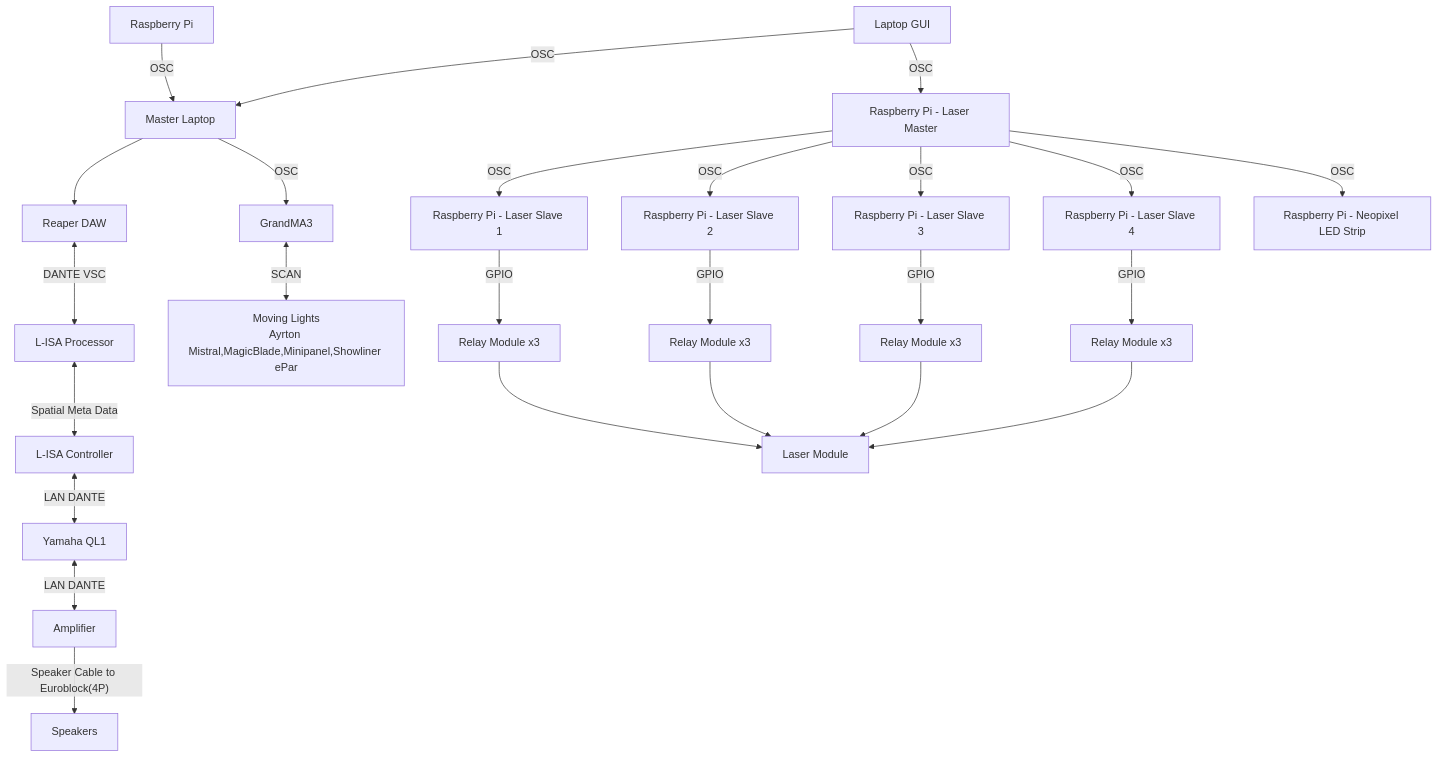
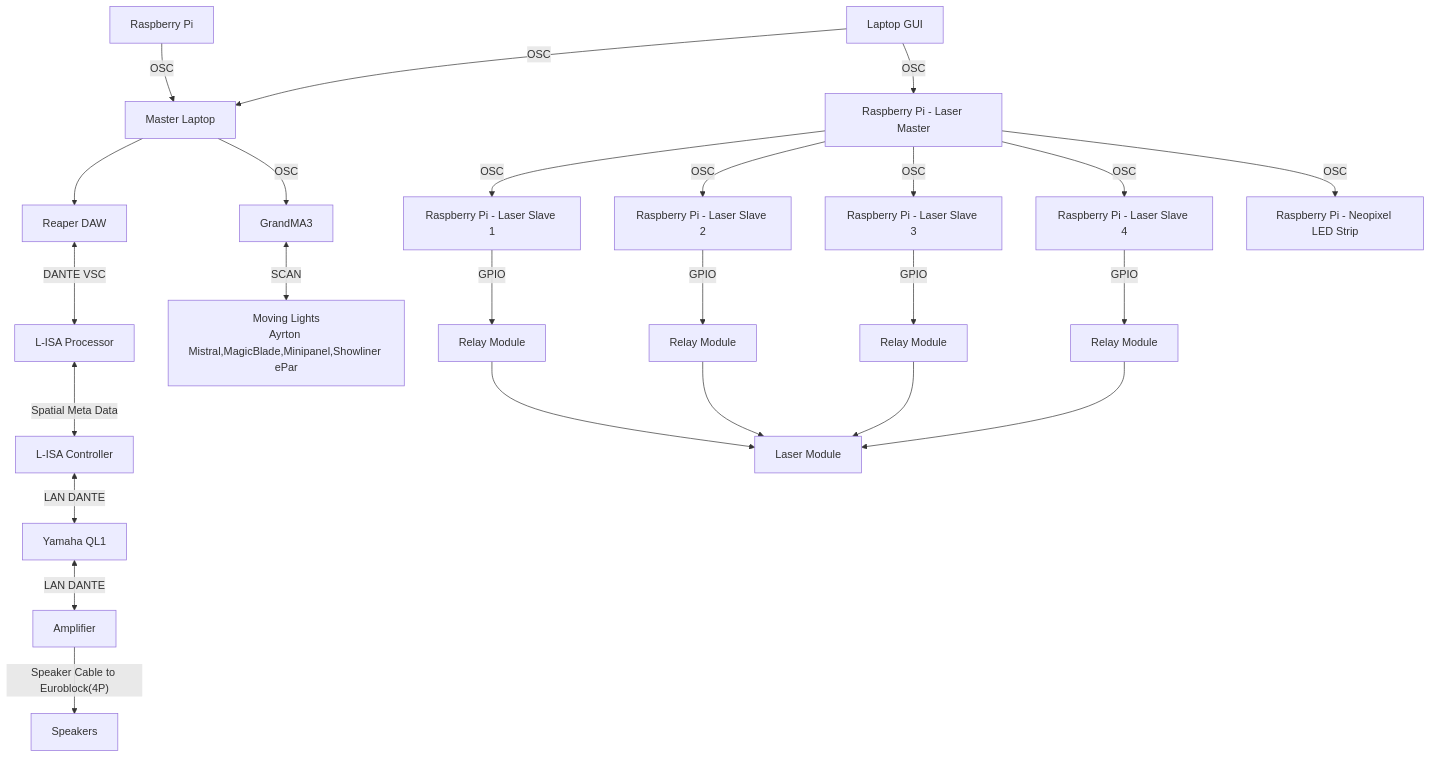
Before and after one commit to ntsd27/EGL-314: the diagram in Final Demostration/FInalDemo.md, drawn with Mermaid. The commit also changed other lines of this file and 12 other files, not shown here.

````diff
--- a/Final Demostration/FInalDemo.md
+++ b/Final Demostration/FInalDemo.md
@@ -41,24 +40,24 @@
 ```mermaid
 graph TD
 A[Raspberry Pi] --OSC--> V[Master Laptop]-->B[Reaper DAW] <--DANTE VSC--> C[L-ISA Processor] <--Spatial Meta Data--> D[L-ISA Controller]<--LAN DANTE--> E[Yamaha QL1] <--LAN DANTE--> F[Amplifier] --Speaker Cable to Euroblock(4P)--> I[Speakers]
 V --OSC--> G[GrandMA3] <--SCAN--> H[Moving Lights
 Ayrton Mistral,MagicBlade,Minipanel,Showliner ePar]
 
 Y --OSC--> V
 
 Y[Laptop GUI] -- OSC--> Z[Raspberry Pi - Laser Master]
 Z --OSC--> N[Raspberry Pi - Laser Slave 1]
 Z --OSC--> X[Raspberry Pi - Laser Slave 2]
 Z --OSC--> W[Raspberry Pi - Laser Slave 3]
 Z --OSC--> J[Raspberry Pi - Laser Slave 4]
 Z --OSC--> K[Raspberry Pi - Neopixel LED Strip]
 
-N --GPIO--> L[Relay Module x3]
-X --GPIO--> Q[Relay Module x3]
-W --GPIO--> P[Relay Module x3]
-J --GPIO--> R[Relay Module x3]
-L --> O[Laser Module ]
+N --GPIO--> L[Relay Module]
+X --GPIO--> Q[Relay Module]
+W --GPIO--> P[Relay Module]
+J --GPIO--> R[Relay Module]
+L --> O[Laser Module]
 Q --> O
 P --> O
 R --> O
 ```
````
